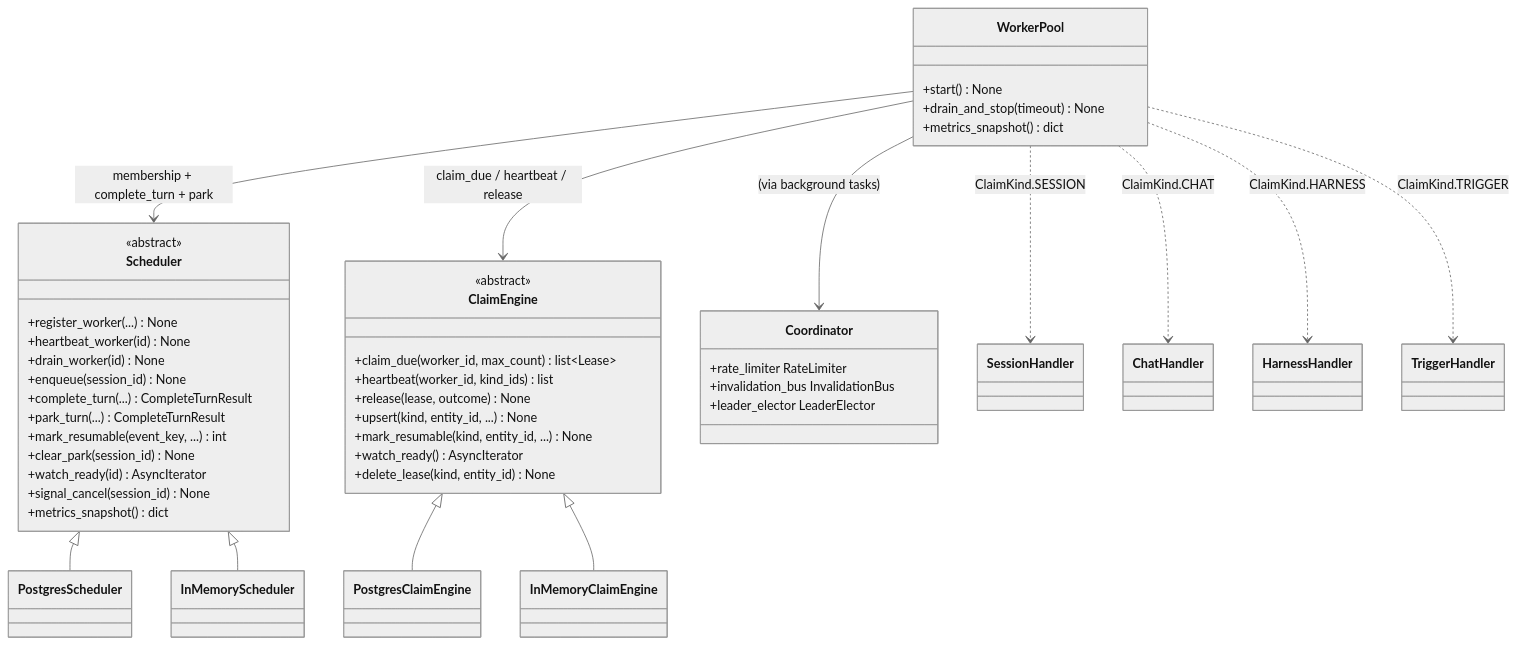
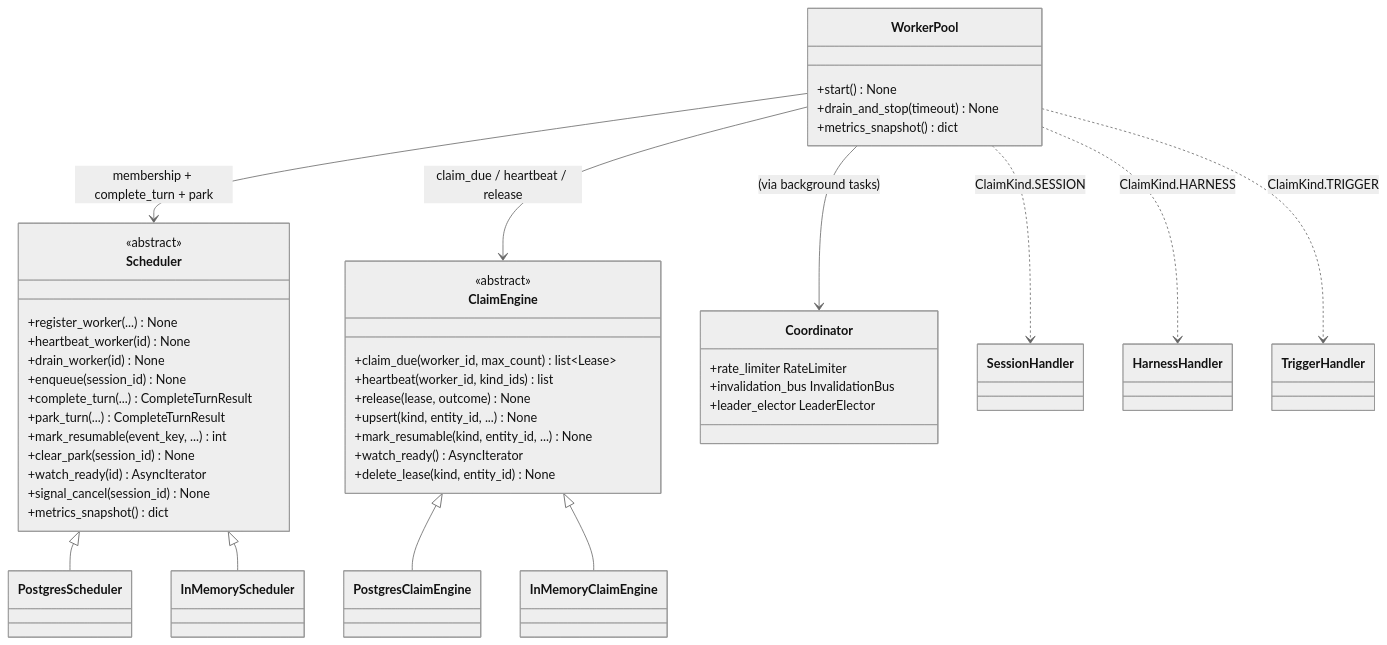
The first of 2 diagrams in docs/dev/architecture/worker-system.md (primerhq/primer), drawn with Mermaid (neutral theme) before and after one commit. The commit also changed other lines of this file and 9 other files, not shown here.

First line of the commit message:
docs(dev): correct the architecture docs for the three-kind claim machine

````diff
--- a/docs/dev/architecture/worker-system.md
+++ b/docs/dev/architecture/worker-system.md
@@ -19,51 +19,50 @@
 ```mermaid
 classDiagram
     class Scheduler {
         <<abstract>>
         +register_worker(...) None
         +heartbeat_worker(id) None
         +drain_worker(id) None
         +enqueue(session_id) None
         +complete_turn(...) CompleteTurnResult
         +park_turn(...) CompleteTurnResult
         +mark_resumable(event_key, ...) int
         +clear_park(session_id) None
         +watch_ready(id) AsyncIterator
         +signal_cancel(session_id) None
         +metrics_snapshot() dict
     }
     class ClaimEngine {
         <<abstract>>
         +claim_due(worker_id, max_count) list~Lease~
         +heartbeat(worker_id, kind_ids) list
         +release(lease, outcome) None
         +upsert(kind, entity_id, ...) None
         +mark_resumable(kind, entity_id, ...) None
         +watch_ready() AsyncIterator
         +delete_lease(kind, entity_id) None
     }
     class Coordinator {
         +rate_limiter RateLimiter
         +invalidation_bus InvalidationBus
         +leader_elector LeaderElector
     }
     class WorkerPool {
         +start() None
         +drain_and_stop(timeout) None
         +metrics_snapshot() dict
     }
 
     Scheduler <|-- PostgresScheduler
     Scheduler <|-- InMemoryScheduler
     ClaimEngine <|-- PostgresClaimEngine
     ClaimEngine <|-- InMemoryClaimEngine
 
     WorkerPool --> Scheduler : membership + complete_turn + park
     WorkerPool --> ClaimEngine : claim_due / heartbeat / release
     WorkerPool --> Coordinator : (via background tasks)
 
     WorkerPool ..> SessionHandler : ClaimKind.SESSION
-    WorkerPool ..> ChatHandler : ClaimKind.CHAT
     WorkerPool ..> HarnessHandler : ClaimKind.HARNESS
     WorkerPool ..> TriggerHandler : ClaimKind.TRIGGER
 ```
````
